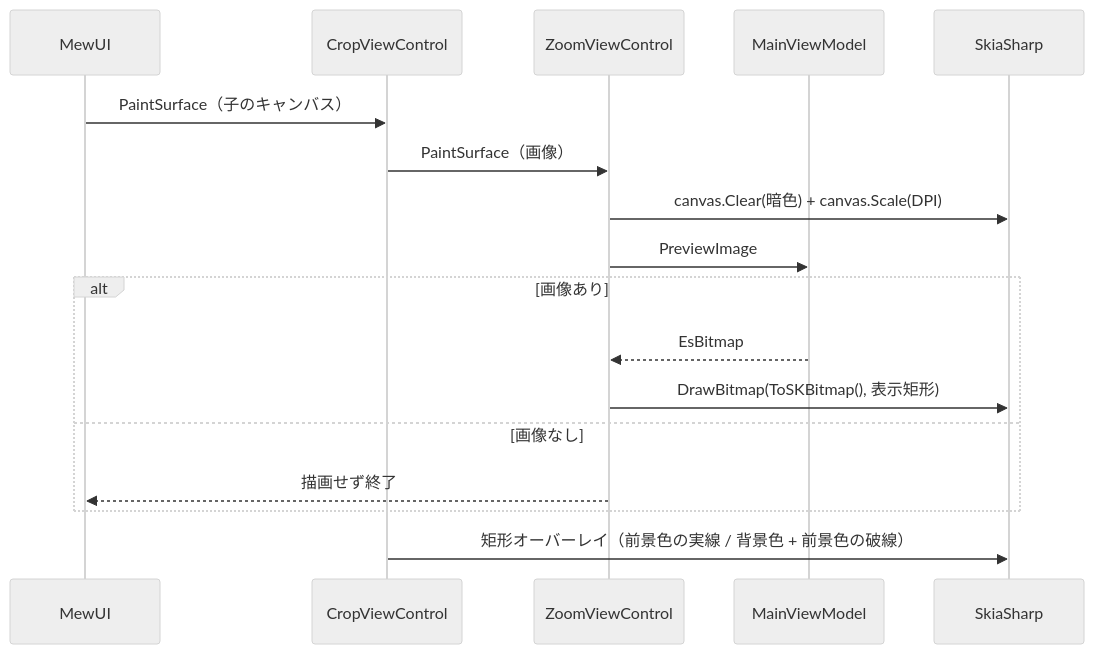
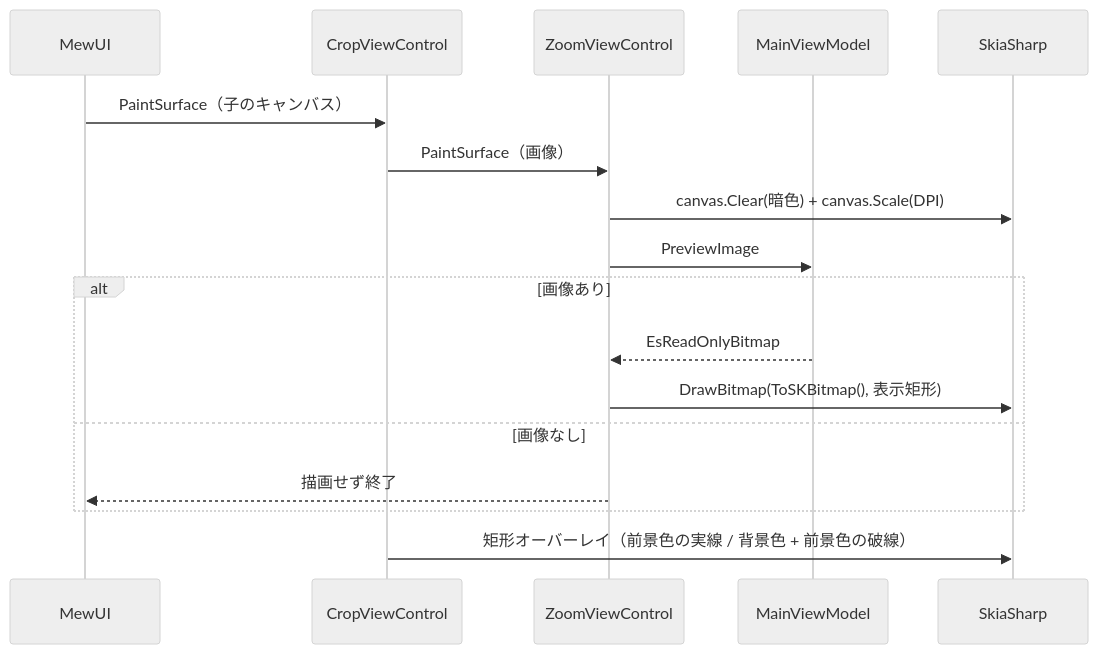
Diagram 11 of 12 in src/App.MewUI/docs/SPEC_System.md (tomokuni/SaveEvidence), drawn with Mermaid (neutral theme) before and after one commit. The commit also changed other lines of this file and 21 other files, not shown here.

````diff
--- a/src/App.MewUI/docs/SPEC_System.md
+++ b/src/App.MewUI/docs/SPEC_System.md
@@ -570,20 +570,20 @@
 ```mermaid
 sequenceDiagram
     participant MW as MewUI
     participant CV as CropViewControl
     participant ZV as ZoomViewControl
     participant VM as MainViewModel
     participant SK as SkiaSharp
 
     MW->>CV: PaintSurface（子のキャンバス）
     CV->>ZV: PaintSurface（画像）
     ZV->>SK: canvas.Clear(暗色) + canvas.Scale(DPI)
     ZV->>VM: PreviewImage
     alt 画像あり
-        VM-->>ZV: EsBitmap
+        VM-->>ZV: EsReadOnlyBitmap
         ZV->>SK: DrawBitmap(ToSKBitmap(), 表示矩形)
     else 画像なし
         ZV-->>MW: 描画せず終了
     end
     CV->>SK: 矩形オーバーレイ（前景色の実線 / 背景色 + 前景色の破線）
 ```
````
